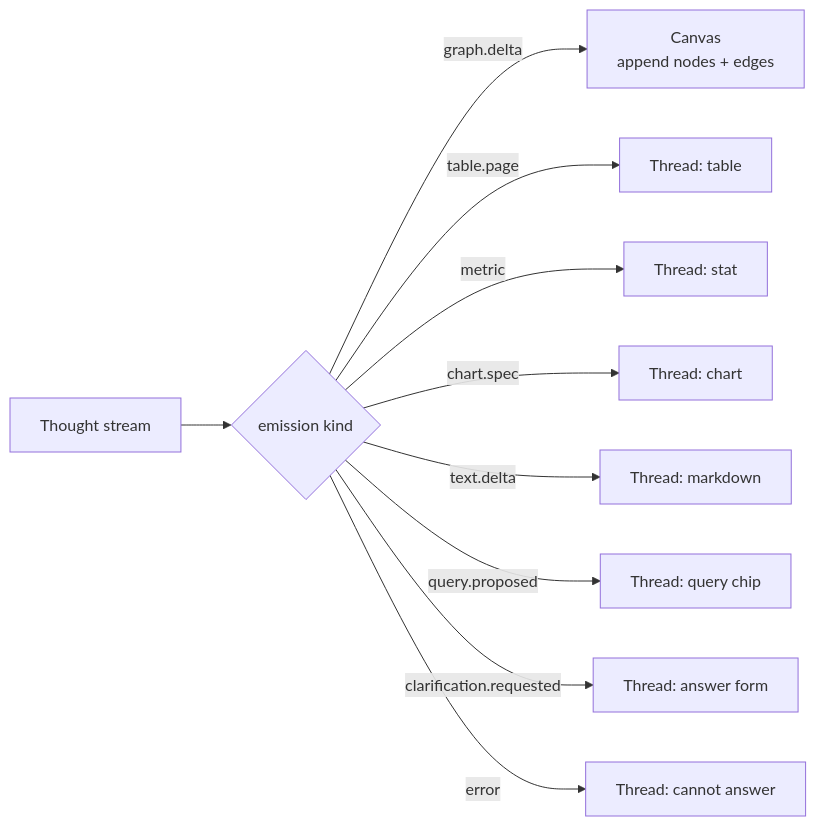
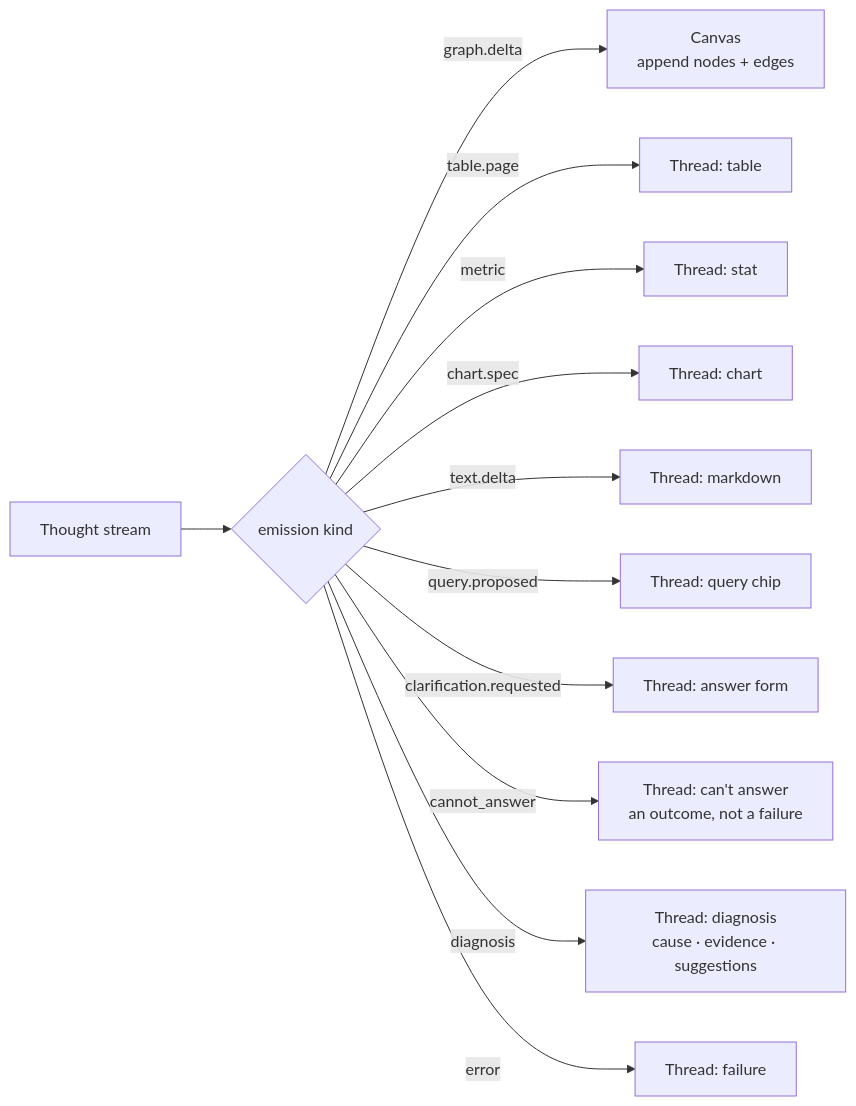
The eighth of 10 diagrams in docs/internal/mvp/studio.md (invana/invana), drawn with Mermaid before and after one commit. The commit also changed other lines of this file and 5 other files, not shown here.

````diff
--- a/docs/internal/mvp/studio.md
+++ b/docs/internal/mvp/studio.md
@@ -284,12 +286,14 @@
 ```mermaid
 flowchart LR
     TS["Thought stream"] --> K{"emission kind"}
     K -->|graph.delta| CV["Canvas<br/>append nodes + edges"]
     K -->|table.page| TB["Thread: table"]
     K -->|metric| MT["Thread: stat"]
     K -->|chart.spec| CH["Thread: chart"]
     K -->|text.delta| MD["Thread: markdown"]
     K -->|query.proposed| CP["Thread: query chip"]
     K -->|clarification.requested| FM["Thread: answer form"]
-    K -->|error| ER["Thread: cannot answer"]
+    K -->|cannot_answer| CA["Thread: can't answer<br/>an outcome, not a failure"]
+    K -->|diagnosis| DG["Thread: diagnosis<br/>cause · evidence · suggestions"]
+    K -->|error| ER["Thread: failure"]
 ```
````
